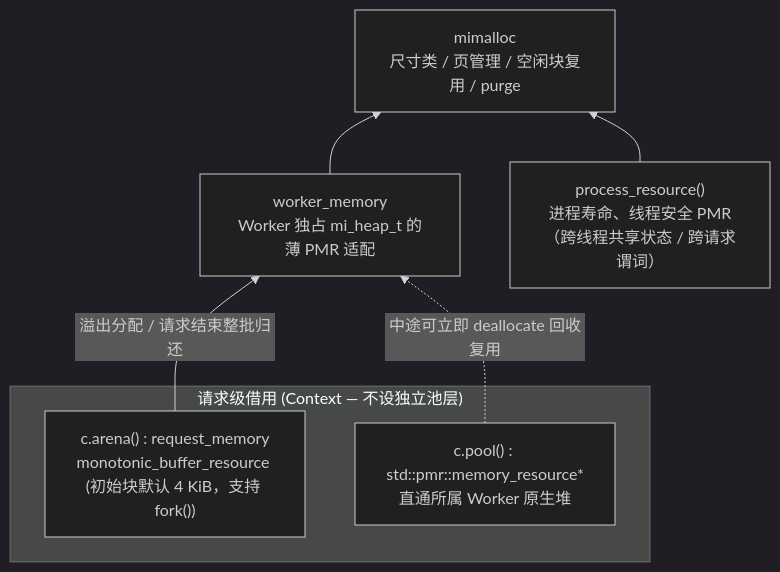
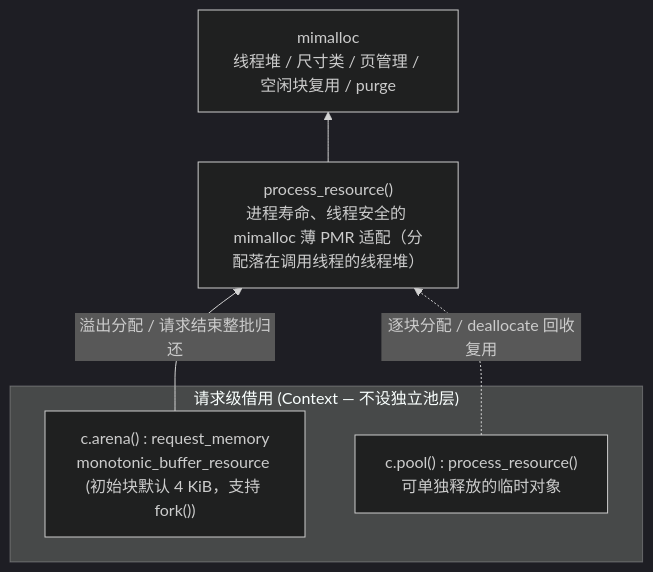
Before and after one commit to hyird/Ruvia: the second of 4 diagrams in AGENTS.md, drawn with Mermaid (dark theme). The commit also changed other lines of this file and 132 other files, not shown here.

Commit message:
Simplify mimalloc memory resource and retain context pool accessor

````diff
--- a/AGENTS.md
+++ b/AGENTS.md
@@ -77,15 +77,13 @@
 ```mermaid
 flowchart BT
     subgraph req ["请求级借用 (Context — 不设独立池层)"]
         arena["c.arena() : request_memory<br/>monotonic_buffer_resource (初始块默认 4 KiB，支持 fork())"]
-        pool_ref["c.pool() : std::pmr::memory_resource*<br/>直通所属 Worker 原生堆"]
+        temporary["c.pool() : process_resource()<br/>可单独释放的临时对象"]
     end
-    worker["worker_memory<br/>Worker 独占 mi_heap_t 的薄 PMR 适配"]
-    process["process_resource()<br/>进程寿命、线程安全 PMR（跨线程共享状态 / 跨请求谓词）"]
-    allocator["mimalloc<br/>尺寸类 / 页管理 / 空闲块复用 / purge"]
+    process["process_resource()<br/>进程寿命、线程安全的 mimalloc 薄 PMR 适配（分配落在调用线程的线程堆）"]
+    allocator["mimalloc<br/>线程堆 / 尺寸类 / 页管理 / 空闲块复用 / purge"]
 
-    arena -->|"溢出分配 / 请求结束整批归还"| worker
-    pool_ref -.->|"中途可立即 deallocate 回收复用"| worker
-    worker --> allocator
+    arena -->|"溢出分配 / 请求结束整批归还"| process
+    temporary -.->|"逐块分配 / deallocate 回收复用"| process
     process --> allocator
 ```
````
